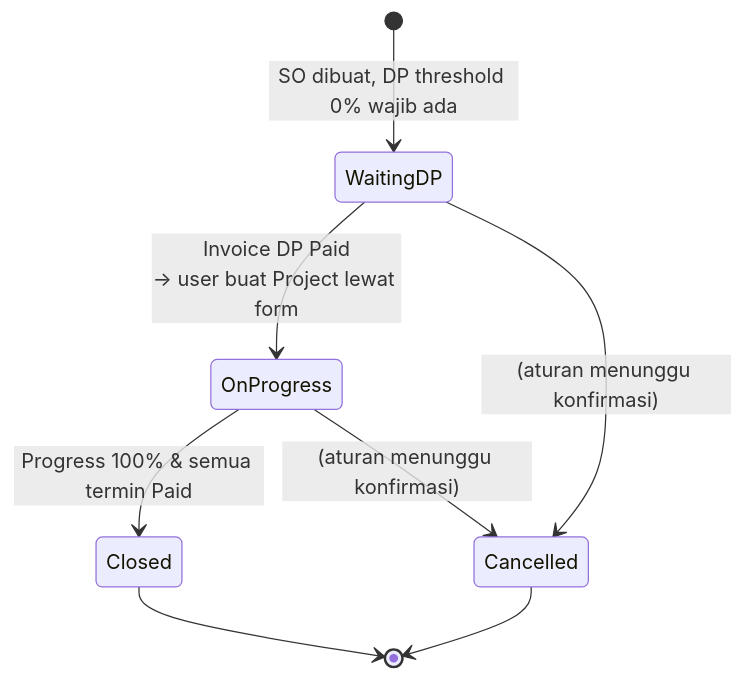
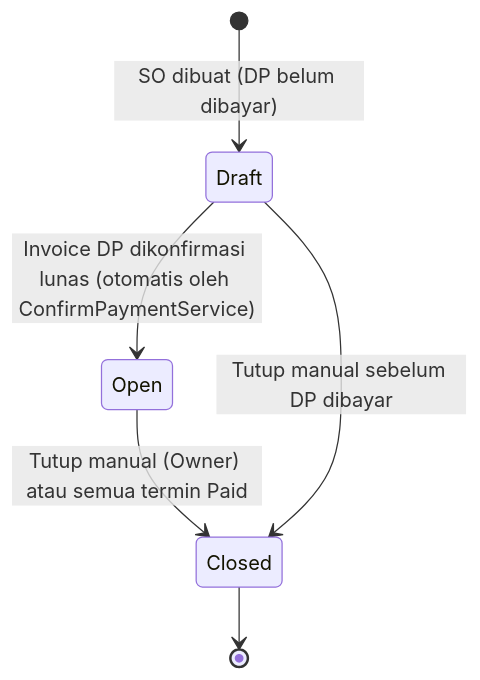
The first of 2 diagrams in docs/bisnis-flow/sales-order-term.md (WahyuUtomo1414/Sanitra-Web), drawn with Mermaid before and after one commit. The commit also changed other lines of this file and 9 other files, not shown here.

````diff
--- a/docs/bisnis-flow/sales-order-term.md
+++ b/docs/bisnis-flow/sales-order-term.md
@@ -24,10 +24,8 @@
 ```mermaid
 stateDiagram-v2
-    [*] --> WaitingDP: SO dibuat, DP threshold 0% wajib ada
-    WaitingDP --> OnProgress: Invoice DP Paid<br/>→ user buat Project lewat form
-    OnProgress --> Closed: Progress 100% & semua termin Paid
-    WaitingDP --> Cancelled: (aturan menunggu konfirmasi)
-    OnProgress --> Cancelled: (aturan menunggu konfirmasi)
+    [*] --> Draft: SO dibuat (DP belum dibayar)
+    Draft --> Open: Invoice DP dikonfirmasi lunas (otomatis oleh ConfirmPaymentService)
+    Open --> Closed: Tutup manual (Owner) atau semua termin Paid
+    Draft --> Closed: Tutup manual sebelum DP dibayar
     Closed --> [*]
-    Cancelled --> [*]
 ```
````
